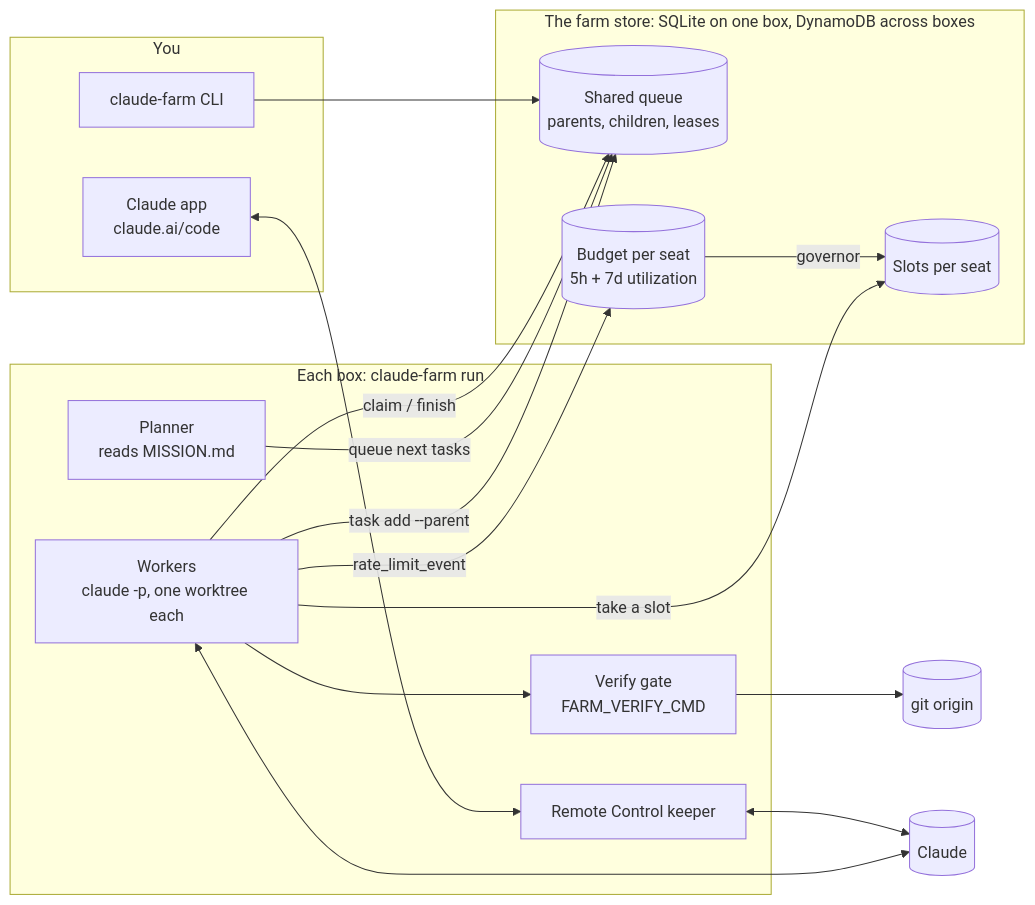
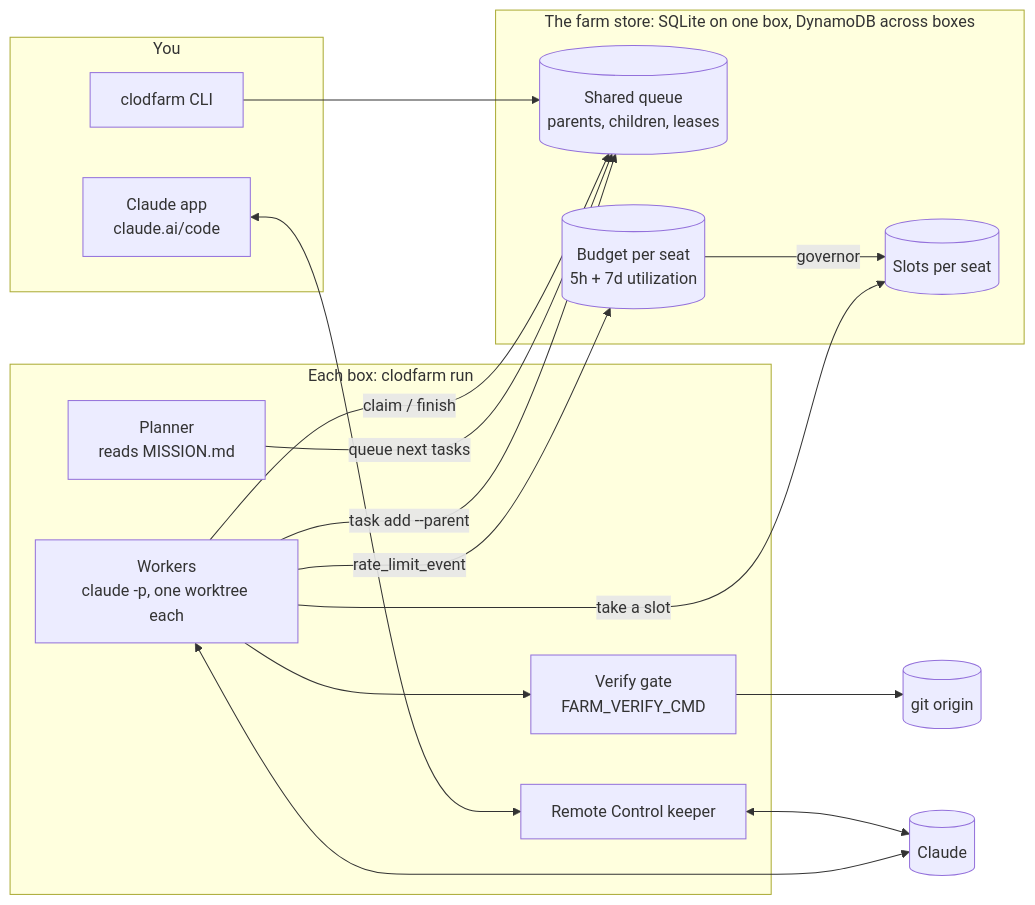
One commit to matank001/clodfarm changed the diagram in README.md. Above: the diagram before and after it, drawn with Mermaid. The commit also changed other lines of this file and 45 other files, not shown here.

Commit message:
Rename to clodfarm (say it out loud): package, CLI, image, compose, docs, artwork wordmark and social card

````diff
--- a/README.md
+++ b/README.md
@@ -178,31 +179,31 @@
 ```mermaid
 flowchart LR
   subgraph you[You]
     app[Claude app<br/>claude.ai/code]
-    cli[claude-farm CLI]
+    cli[clodfarm CLI]
   end
-  subgraph box[Each box: claude-farm run]
+  subgraph box[Each box: clodfarm run]
     rc[Remote Control keeper]
     w[Workers<br/>claude -p, one worktree each]
     plan[Planner<br/>reads MISSION.md]
     gate[Verify gate<br/>FARM_VERIFY_CMD]
   end
   subgraph ddb[The farm store: SQLite on one box, DynamoDB across boxes]
     q[(Shared queue<br/>parents, children, leases)]
     b[(Budget per seat<br/>5h + 7d utilization)]
     s[(Slots per seat)]
   end
   origin[(git origin)]
   claude[(Claude)]
 
   app <--> rc
   cli --> q
   w -- claim / finish --> q
   plan -- queue next tasks --> q
   w -- "task add --parent" --> q
   w -- rate_limit_event --> b
   b -- governor --> s
   w -- take a slot --> s
   w --> gate --> origin
   rc & w <--> claude
 ```
````
